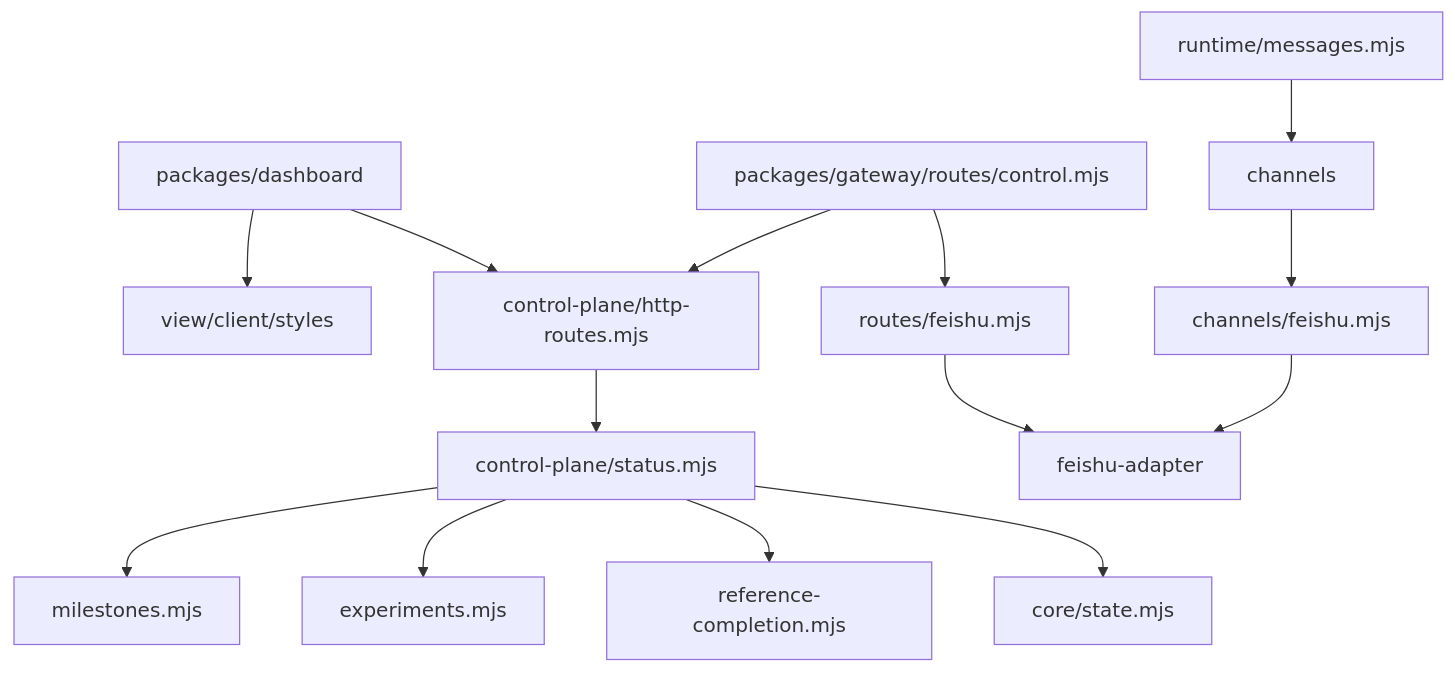
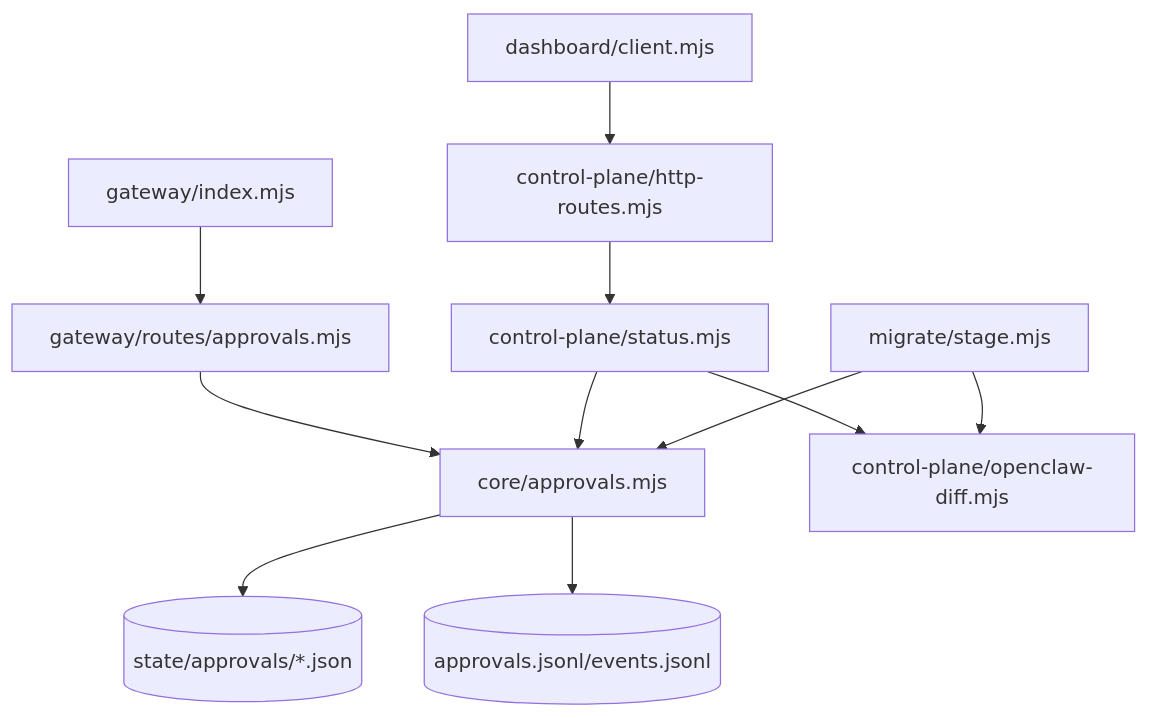
One commit to mayf3/myclaw changed the third of 9 diagrams in docs/implementation-architecture.md. Above: the diagram before and after it, drawn with Mermaid. The commit also changed other lines of this file and 37 other files, not shown here.

````diff
--- a/docs/implementation-architecture.md
+++ b/docs/implementation-architecture.md
@@ -94,16 +95,13 @@
 ```mermaid
 flowchart TB
-  Dashboard[packages/dashboard] --> Assets[view/client/styles]
-  Dashboard --> RouteAdapter[control-plane/http-routes.mjs]
-  Gateway[packages/gateway/routes/control.mjs] --> RouteAdapter
-  RouteAdapter --> Status[control-plane/status.mjs]
-  Status --> Milestones[milestones.mjs]
-  Status --> Experiments[experiments.mjs]
-  Status --> Reference[reference-completion.mjs]
-  Status --> State[core/state.mjs]
-  Gateway --> FeishuRoutes[routes/feishu.mjs]
-  FeishuRoutes --> FeishuAdapter[feishu-adapter]
-  Runtime[runtime/messages.mjs] --> Channels[channels]
-  Channels --> FeishuOutbound[channels/feishu.mjs]
-  FeishuOutbound --> FeishuAdapter
+  Stage[migrate/stage.mjs] --> ApprovalCore[core/approvals.mjs]
+  Stage --> ReviewBuilder[control-plane/openclaw-diff.mjs]
+  ApprovalCore --> ApprovalFiles[(state/approvals/*.json)]
+  ApprovalCore --> Audit[(approvals.jsonl/events.jsonl)]
+  Status[control-plane/status.mjs] --> ApprovalCore
+  Status --> ReviewBuilder
+  HttpRoutes[control-plane/http-routes.mjs] --> Status
+  Gateway[gateway/index.mjs] --> ApprovalRoute[gateway/routes/approvals.mjs]
+  ApprovalRoute --> ApprovalCore
+  Dashboard[dashboard/client.mjs] --> HttpRoutes
 ```
````
